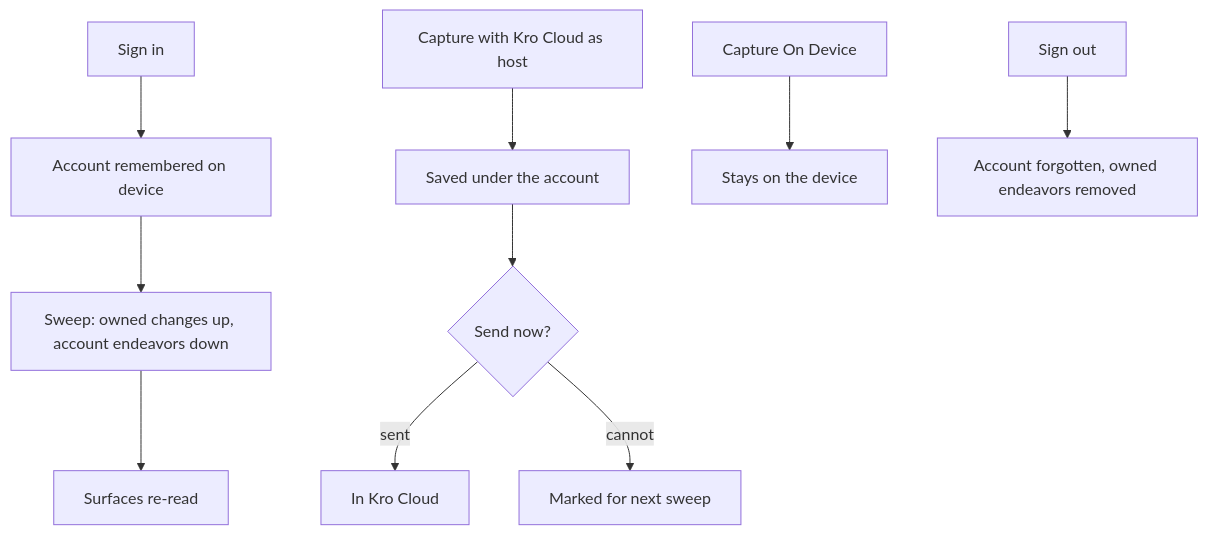
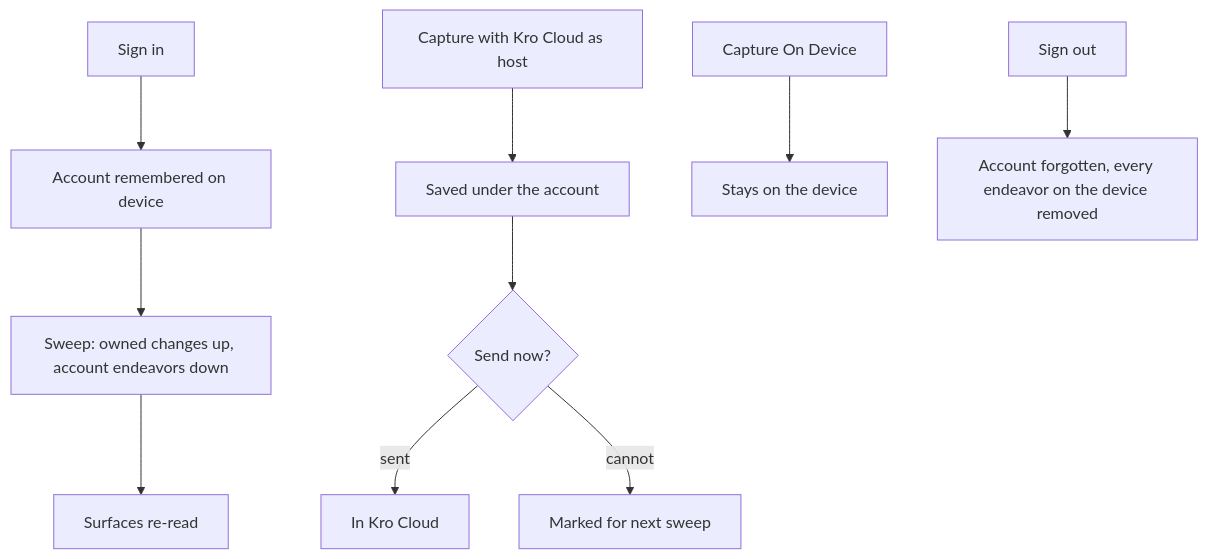
One commit to zheref/kro-pwa changed the diagram in docs/Features/KroCloud.md. Above: the diagram before and after it, drawn with Mermaid. The commit also changed other lines of this file and 5 other files, not shown here.

````diff
--- a/docs/Features/KroCloud.md
+++ b/docs/Features/KroCloud.md
@@ -91,12 +93,12 @@
 ```mermaid
 flowchart TD
     A[Sign in] --> B[Account remembered on device]
     B --> C[Sweep: owned changes up, account endeavors down]
     C --> D[Surfaces re-read]
     E[Capture with Kro Cloud as host] --> F[Saved under the account]
     F --> G{Send now?}
     G -->|sent| H[In Kro Cloud]
     G -->|cannot| I[Marked for next sweep]
     J[Capture On Device] --> K[Stays on the device]
-    L[Sign out] --> M[Account forgotten, owned endeavors removed]
+    L[Sign out] --> M[Account forgotten, every endeavor on the device removed]
 ```
````
